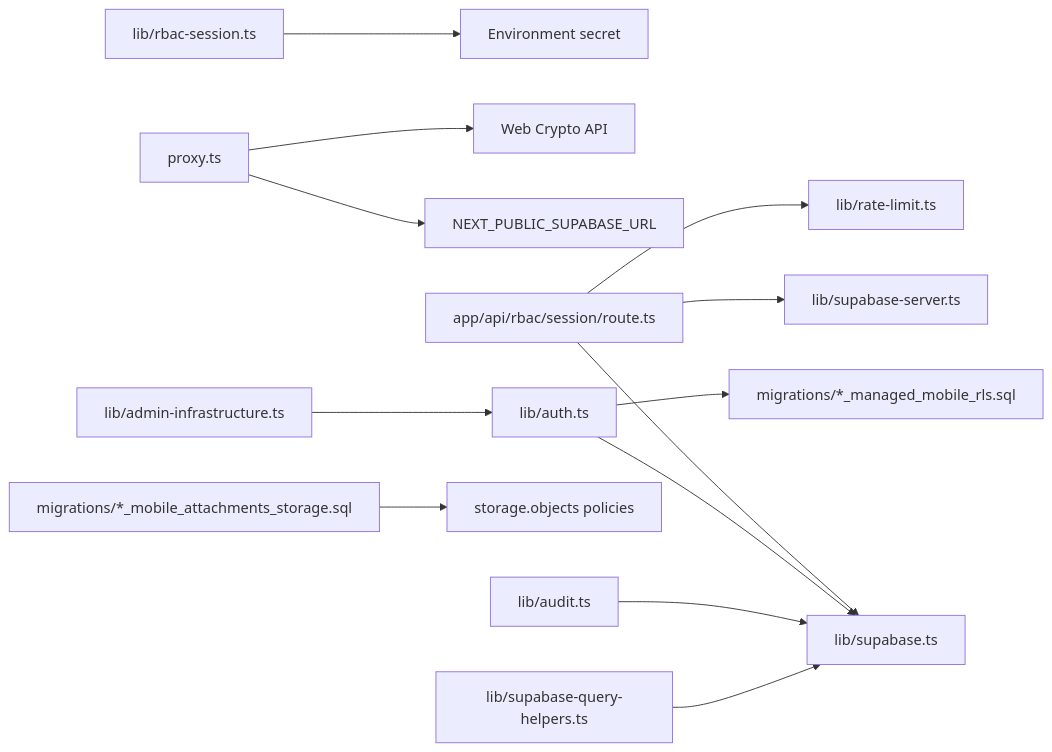
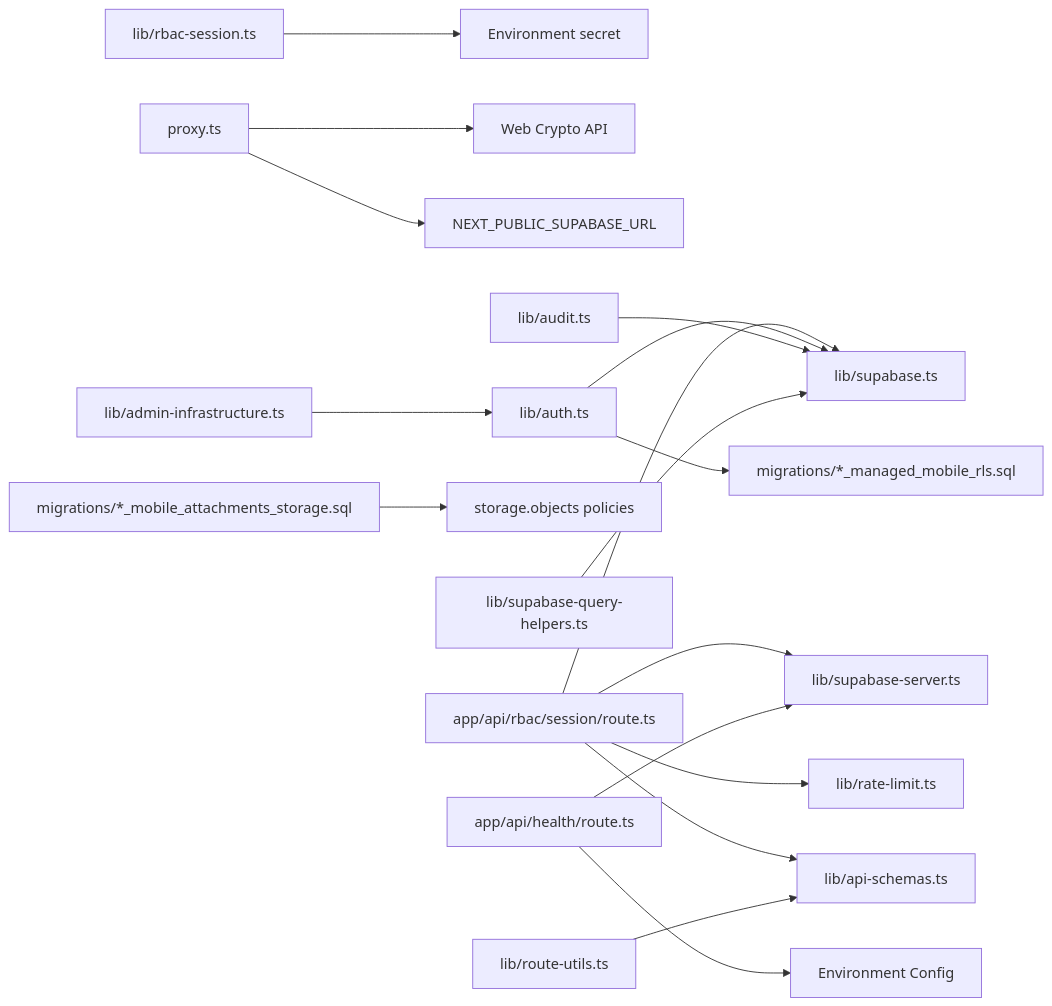
Diagram 12 of 12 in .qoder/repowiki/en/content/Security Implementation/Security Implementation.md (mustafaalkusaj/appschoolmustafa2002), drawn with Mermaid before and after one commit. The commit also changed other lines of this file and 32884 other files, not shown here.

````diff
--- a/.qoder/repowiki/en/content/Security Implementation/Security Implementation.md
+++ b/.qoder/repowiki/en/content/Security Implementation/Security Implementation.md
@@ -527,15 +622,19 @@
 ```mermaid
 graph LR
 RBACSession["lib/rbac-session.ts"] --> Secret["Environment secret"]
 Proxy["proxy.ts"] --> Crypto["Web Crypto API"]
 Proxy --> SupabaseURL["NEXT_PUBLIC_SUPABASE_URL"]
 RBACRoute["app/api/rbac/session/route.ts"] --> SupaServer["lib/supabase-server.ts"]
 RBACRoute --> RateLimit["lib/rate-limit.ts"]
 RBACRoute --> SupaBrowser["lib/supabase.ts"]
+RBACRoute --> ZodSchemas["lib/api-schemas.ts"]
 AuthLib["lib/auth.ts"] --> SupaBrowser
 AuthLib --> RLS["migrations/*_managed_mobile_rls.sql"]
 StorageRLS["migrations/*_mobile_attachments_storage.sql"] --> StoragePolicy["storage.objects policies"]
 Audit["lib/audit.ts"] --> SupaBrowser
 AdminInfra["lib/admin-infrastructure.ts"] --> AuthLib
 QueryHelpers["lib/supabase-query-helpers.ts"] --> SupaBrowser
+HealthEndpoint["app/api/health/route.ts"] --> EnvConfig["Environment Config"]
+HealthEndpoint --> SupaServer
+ZodUtils["lib/route-utils.ts"] --> ZodSchemas
 ```
````
